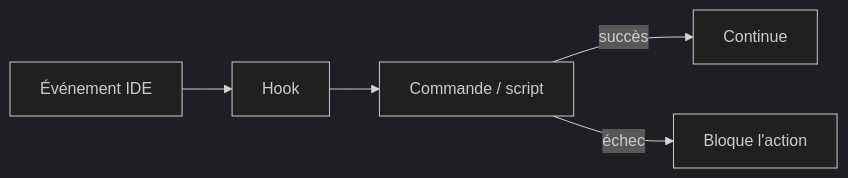
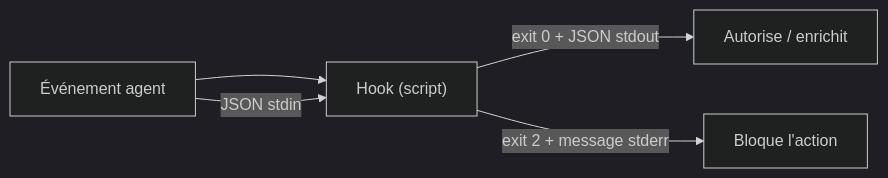
Before and after one commit to AxaFrance/learning-path-copilot: the diagram in docs/01-fondations/105-hooks.md, drawn with Mermaid (dark theme). The commit also changed other lines of this file, not shown here.

````diff
--- a/docs/01-fondations/105-hooks.md
+++ b/docs/01-fondations/105-hooks.md
@@ -42,7 +49,7 @@
 ```mermaid
 flowchart LR
-    E["Événement IDE"] --> H["Hook"]
-    H --> C["Commande / script"]
-    C -->|succès| OK["Continue"]
-    C -->|échec| KO["Bloque l'action"]
+    E["Événement agent"] --> H["Hook (script)"]
+    E -->|JSON stdin| H
+    H -->|exit 0 + JSON stdout| OK["Autorise / enrichit"]
+    H -->|exit 2 + message stderr| KO["Bloque l'action"]
 ```
````
